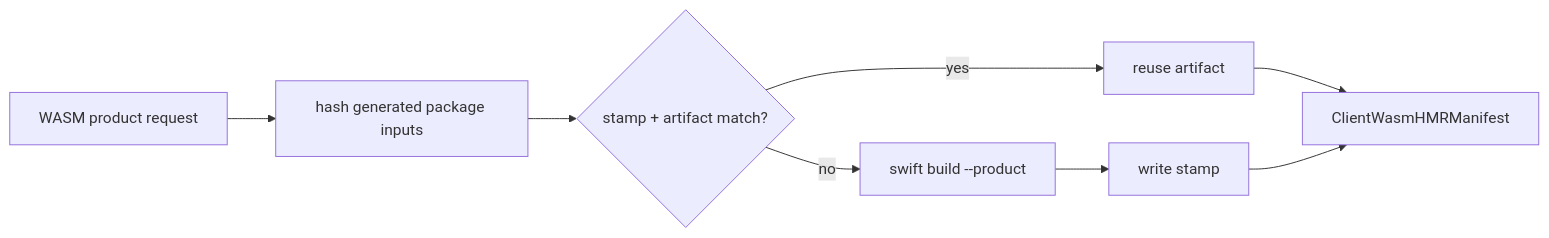
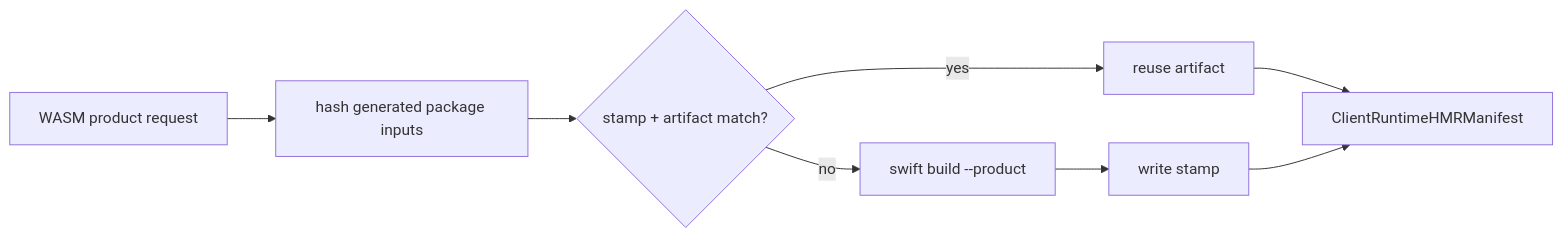
Before and after one commit to 1amageek/swift-web: the eighth of 9 diagrams in docs/ClientBundleLoadingDesign.md, drawn with Mermaid. The commit also changed other lines of this file and 354 other files, not shown here.

Commit message:
Separate runtime modules and standardize WASM support

````diff
--- a/docs/ClientBundleLoadingDesign.md
+++ b/docs/ClientBundleLoadingDesign.md
@@ -420,10 +422,10 @@
 ```mermaid
 flowchart LR
   A["WASM product request"] --> B["hash generated package inputs"]
   B --> C{"stamp + artifact match?"}
   C -->|yes| D["reuse artifact"]
   C -->|no| E["swift build --product"]
   E --> F["write stamp"]
-  D --> G["ClientWasmHMRManifest"]
+  D --> G["ClientRuntimeHMRManifest"]
   F --> G
 ```
````
